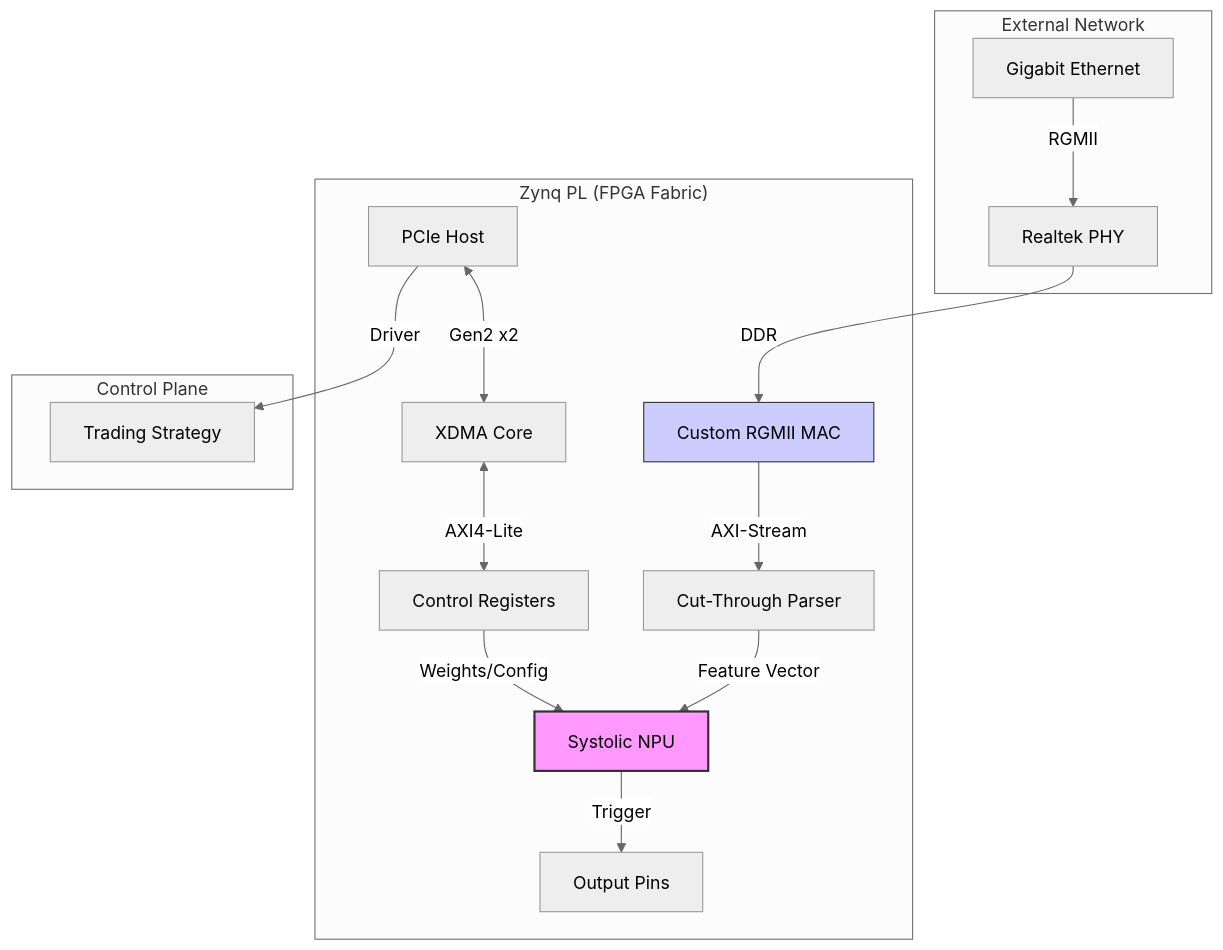
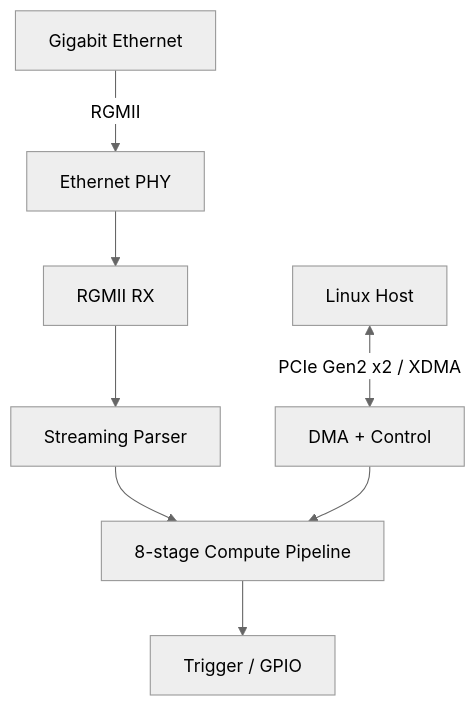
One commit to yishoulee/fpga-inference-portfolio changed the diagram in docs/SYSTEM_ARCHITECTURE.md. Above: the diagram before and after it, drawn with Mermaid (neutral theme). The commit also changed other lines of this file, not shown here.

````diff
--- a/docs/SYSTEM_ARCHITECTURE.md
+++ b/docs/SYSTEM_ARCHITECTURE.md
@@ -15,24 +13,10 @@
 ```mermaid
 graph TD
-    subgraph "External Network"
-        ETH[Gigabit Ethernet] -->|RGMII| PHY[Realtek PHY]
-    end
-
-    subgraph "Zynq PL (FPGA Fabric)"
-        PHY -->|DDR| MAC[Custom RGMII MAC]
-        MAC -->|AXI-Stream| PARSER[Cut-Through Parser]
-        PARSER -->|Feature Vector| NPU[Systolic NPU]
-        NPU -->|Trigger| GPIO[Output Pins]
-        
-        Host[PCIe Host] <-->|Gen2 x2| XDMA[XDMA Core]
-        XDMA <-->|AXI4-Lite| CSR[Control Registers]
-        CSR -->|Weights/Config| NPU
-    end
-
-    subgraph "Control Plane"
-        Host -->|Driver| SW[Trading Strategy]
-    end
-    
-    style NPU fill:#f9f,stroke:#333,stroke-width:2px
-    style MAC fill:#ccf,stroke:#333
+    ETH[Gigabit Ethernet] -->|RGMII| PHY[Ethernet PHY]
+    PHY --> RX[RGMII RX]
+    RX --> PARSER[Streaming Parser]
+    PARSER --> NPU[8-stage Compute Pipeline]
+    NPU --> GPIO[Trigger / GPIO]
+    HOST[Linux Host] <-->|PCIe Gen2 x2 / XDMA| CTRL[DMA + Control]
+    CTRL --> NPU
 ```
````
